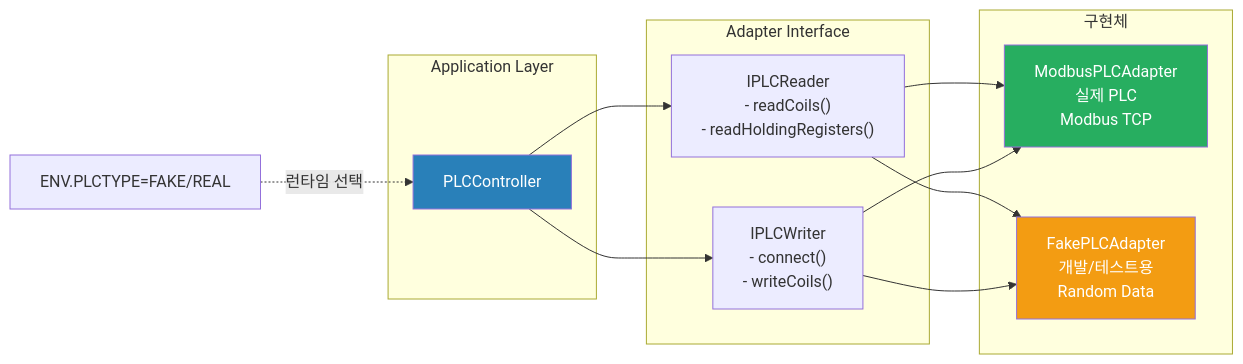
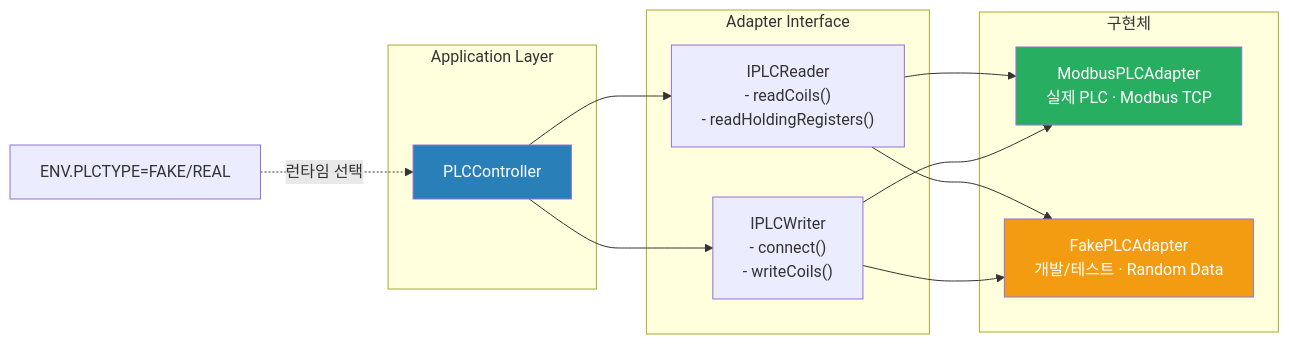
One commit to 1985jwlee/production-iot-backend changed the first of 9 diagrams in README.md. Above: the diagram before and after it, drawn with Mermaid. The commit also changed other lines of this file, not shown here.

````diff
--- a/README.md
+++ b/README.md
@@ -58,26 +56,21 @@
 ```mermaid
 graph LR
     subgraph Application["Application Layer"]
         PC["PLCController"]
     end
-
     subgraph Interface["Adapter Interface"]
         IR["IPLCReader\n- readCoils()\n- readHoldingRegisters()"]
         IW["IPLCWriter\n- connect()\n- writeCoils()"]
     end
-
     subgraph Impl["구현체"]
-        REAL["ModbusPLCAdapter\n실제 PLC\nModbus TCP"]
-        FAKE["FakePLCAdapter\n개발/테스트용\nRandom Data"]
+        REAL["ModbusPLCAdapter\n실제 PLC · Modbus TCP"]
+        FAKE["FakePLCAdapter\n개발/테스트 · Random Data"]
     end
-
     PC --> IR & IW
     IR & IW --> REAL
     IR & IW --> FAKE
-
     ENV["ENV.PLCTYPE=FAKE/REAL"] -.->|"런타임 선택"| PC
-
     style REAL fill:#27ae60,color:#fff
     style FAKE fill:#f39c12,color:#fff
     style PC fill:#2980b9,color:#fff
 ```
````
